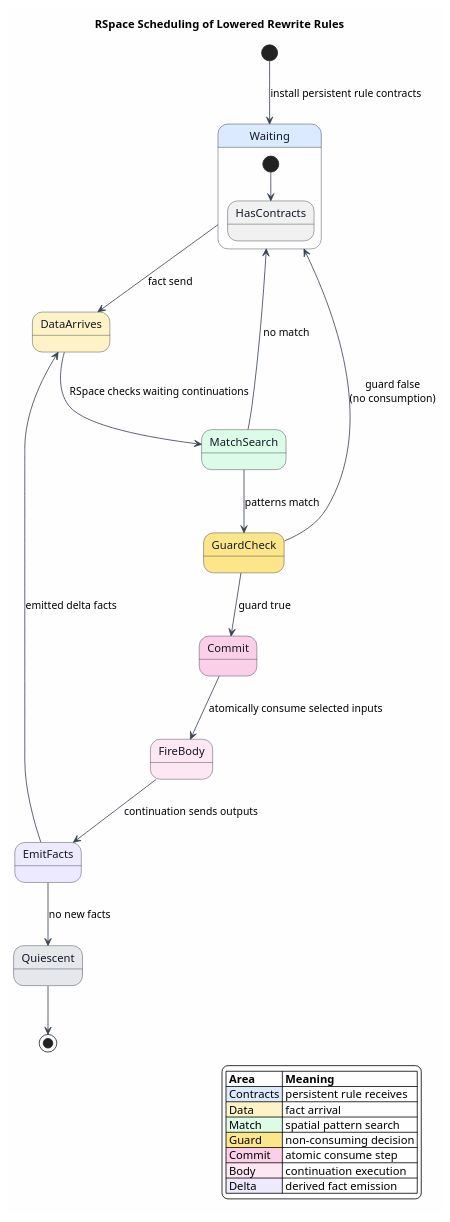
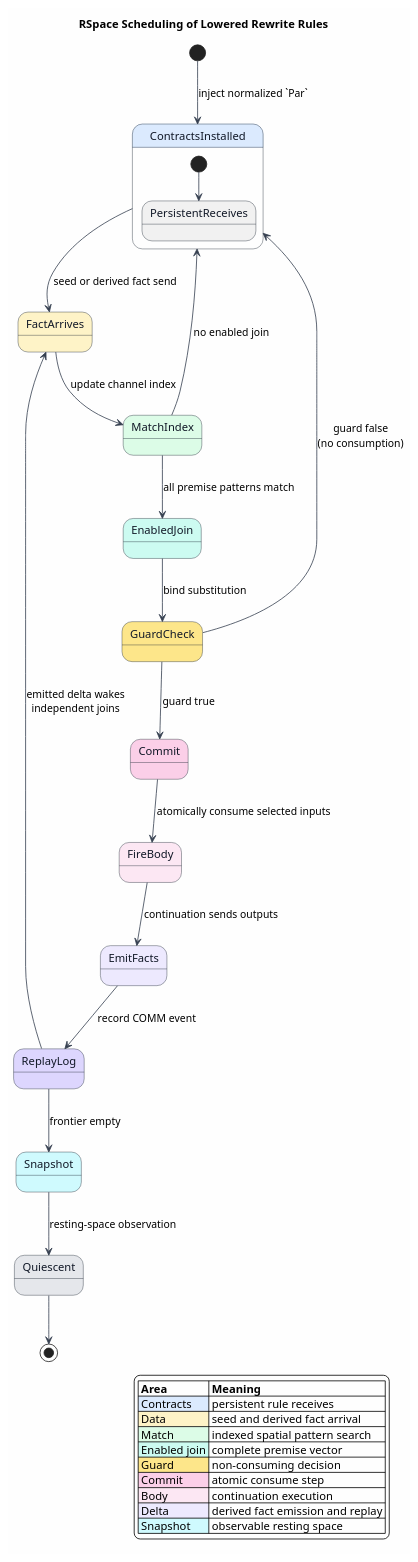
Before and after one commit to F1R3FLY-io/mettail-rust: the diagram in docs/architecture/rho-native-integration/05-rspace-parallel-scheduling.md, drawn with PlantUML. The commit also changed 31 other files, not shown here.

First line of the commit message:
Harden architecture diagram coverage

````diff
--- a/docs/architecture/rho-native-integration/05-rspace-parallel-scheduling.md
+++ b/docs/architecture/rho-native-integration/05-rspace-parallel-scheduling.md
@@ -46,49 +46,57 @@
 ```plantuml
 @startuml
 title RSpace Scheduling of Lowered Rewrite Rules
 
 skinparam backgroundColor #FEFEFE
 skinparam shadowing false
 skinparam state {
   BorderColor #1F2937
   FontColor #111827
   ArrowColor #374151
 }
 
-[*] --> Waiting : install persistent rule contracts
+[*] --> ContractsInstalled : inject normalized `Par`
 
-state Waiting #DBEAFE {
-  [*] --> HasContracts
+state ContractsInstalled #DBEAFE {
+  [*] --> PersistentReceives
 }
-state DataArrives #FEF3C7
-state MatchSearch #DCFCE7
+state FactArrives #FEF3C7
+state MatchIndex #DCFCE7
 state GuardCheck #FDE68A
+state EnabledJoin #CCFBF1
 state Commit #FBCFE8
 state FireBody #FCE7F3
 state EmitFacts #EDE9FE
+state ReplayLog #DDD6FE
+state Snapshot #CFFAFE
 state Quiescent #E5E7EB
 
-Waiting --> DataArrives : fact send
-DataArrives --> MatchSearch : RSpace checks waiting continuations
-MatchSearch --> GuardCheck : patterns match
-MatchSearch --> Waiting : no match
+ContractsInstalled --> FactArrives : seed or derived fact send
+FactArrives --> MatchIndex : update channel index
+MatchIndex --> EnabledJoin : all premise patterns match
+MatchIndex --> ContractsInstalled : no enabled join
+EnabledJoin --> GuardCheck : bind substitution
 GuardCheck --> Commit : guard true
-GuardCheck --> Waiting : guard false\n(no consumption)
+GuardCheck --> ContractsInstalled : guard false\n(no consumption)
 Commit --> FireBody : atomically consume selected inputs
 FireBody --> EmitFacts : continuation sends outputs
-EmitFacts --> DataArrives : emitted delta facts
-EmitFacts --> Quiescent : no new facts
+EmitFacts --> ReplayLog : record COMM event
+ReplayLog --> FactArrives : emitted delta wakes\nindependent joins
+ReplayLog --> Snapshot : frontier empty
+Snapshot --> Quiescent : resting-space observation
 Quiescent --> [*]
 
 legend right
 |= Area |= Meaning |
 |<#DBEAFE> Contracts | persistent rule receives |
-|<#FEF3C7> Data | fact arrival |
-|<#DCFCE7> Match | spatial pattern search |
+|<#FEF3C7> Data | seed and derived fact arrival |
+|<#DCFCE7> Match | indexed spatial pattern search |
+|<#CCFBF1> Enabled join | complete premise vector |
 |<#FDE68A> Guard | non-consuming decision |
 |<#FBCFE8> Commit | atomic consume step |
 |<#FCE7F3> Body | continuation execution |
-|<#EDE9FE> Delta | derived fact emission |
+|<#EDE9FE> Delta | derived fact emission and replay |
+|<#CFFAFE> Snapshot | observable resting space |
 endlegend
 @enduml
 ```
````
